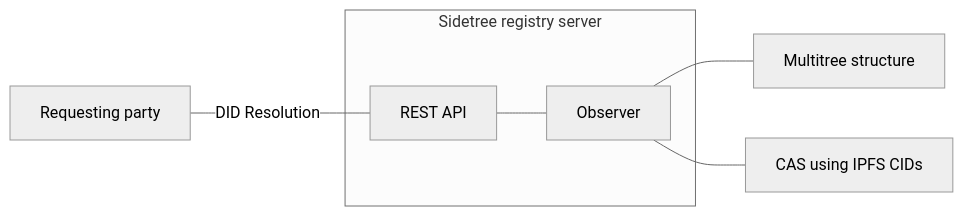
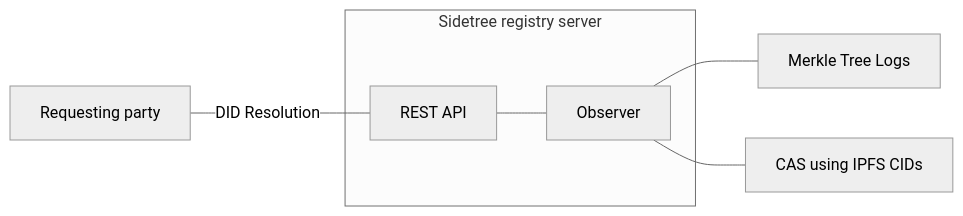
The second of 7 diagrams in docs/whitepaper/federated_sidetree.md (trustbloc/trustbloc-did-method), drawn with Mermaid (neutral theme) before and after one commit. The commit also changed other lines of this file, not shown here.

````diff
--- a/docs/whitepaper/federated_sidetree.md
+++ b/docs/whitepaper/federated_sidetree.md
@@ -45,10 +46,10 @@
 ```mermaid
 graph LR
     RP[Requesting party] ---|DID Resolution| SPAPI[REST API]
     subgraph Sidetree registry server
         SPAPI
         SPAPI --- OBS[Observer]
     end
-    OBS --- MS[Multitree structure]
+    OBS --- MS[Merkle Tree Logs]
     OBS --- CAS[CAS using IPFS CIDs]
 ```
````
